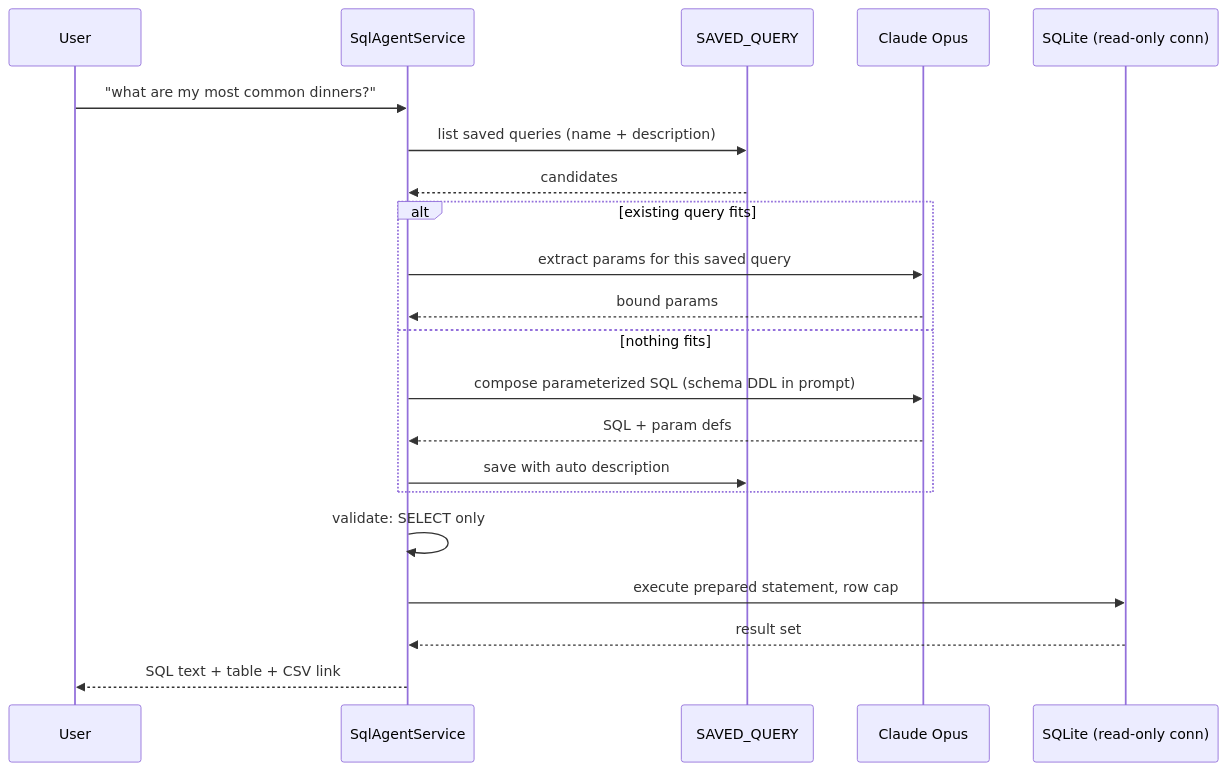
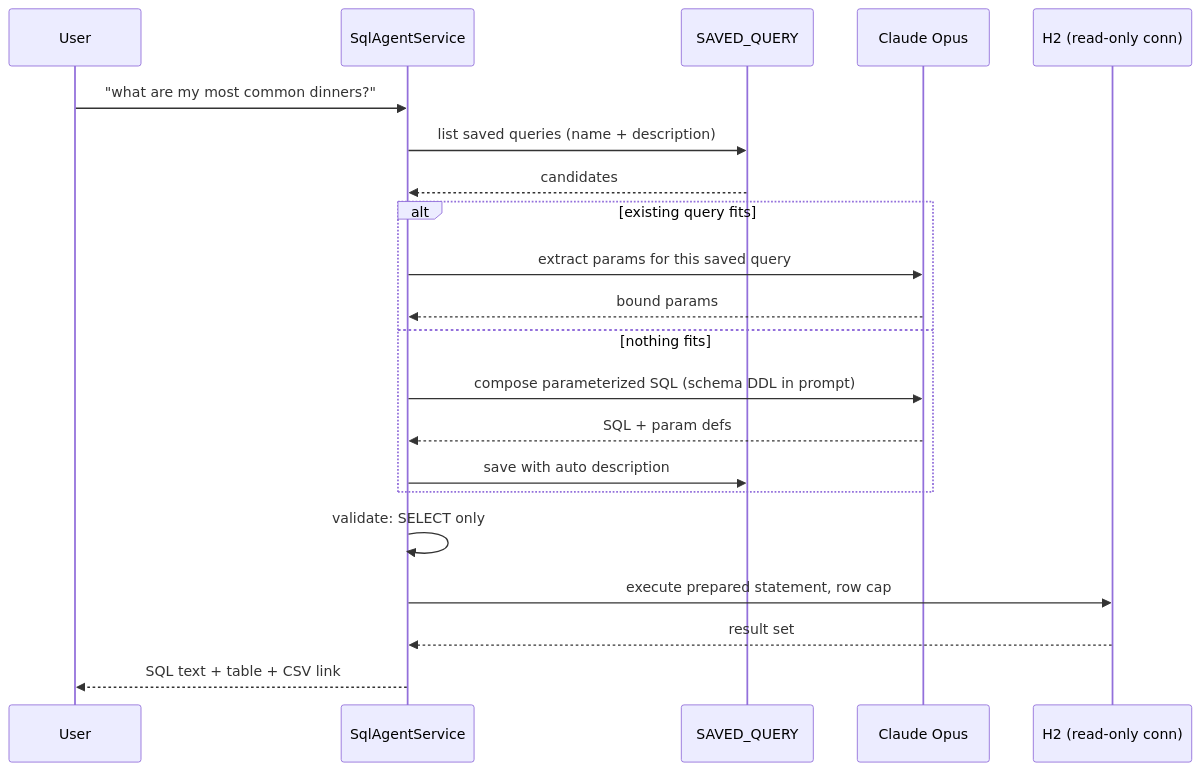
One commit to rodmxw11/chat-diet-open changed the fifth of 6 diagrams in SPEC.md. Above: the diagram before and after it, drawn with Mermaid. The commit also changed other lines of this file and 18 other files, not shown here.

````diff
--- a/SPEC.md
+++ b/SPEC.md
@@ -649,24 +649,24 @@
 ```mermaid
 sequenceDiagram
     participant U as User
     participant A as SqlAgentService
     participant S as SAVED_QUERY
     participant O as Claude Opus
-    participant D as SQLite (read-only conn)
+    participant D as H2 (read-only conn)
 
     U->>A: "what are my most common dinners?"
     A->>S: list saved queries (name + description)
     S-->>A: candidates
     alt existing query fits
         A->>O: extract params for this saved query
         O-->>A: bound params
     else nothing fits
         A->>O: compose parameterized SQL (schema DDL in prompt)
         O-->>A: SQL + param defs
         A->>S: save with auto description
     end
     A->>A: validate: SELECT only
     A->>D: execute prepared statement, row cap
     D-->>A: result set
     A-->>U: SQL text + table + CSV link
 ```
````
